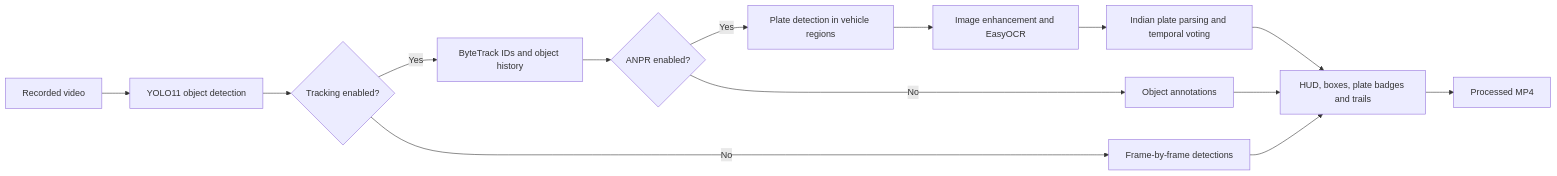
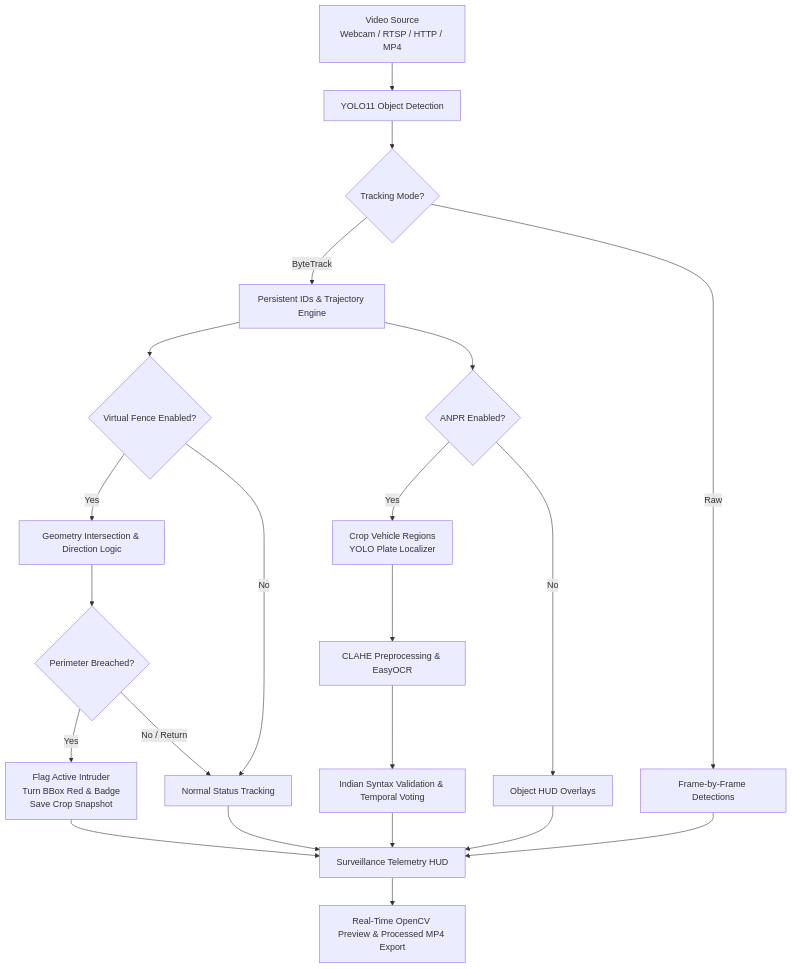
Before and after one commit to MradulSingh109/PROJECTHAILMARY: the diagram in README.md, drawn with Mermaid. The commit also changed other lines of this file, not shown here.

Commit message:
docs: update README with live streaming, virtual fence, and full platform specs

````diff
--- a/README.md
+++ b/README.md
@@ -18,16 +33,27 @@
 ```mermaid
-flowchart LR
-    A[Recorded video] --> B[YOLO11 object detection]
-    B --> C{Tracking enabled?}
-    C -->|Yes| D[ByteTrack IDs and object history]
-    C -->|No| E[Frame-by-frame detections]
-    D --> F{ANPR enabled?}
-    F -->|Yes| G[Plate detection in vehicle regions]
-    G --> H[Image enhancement and EasyOCR]
-    H --> I[Indian plate parsing and temporal voting]
-    F -->|No| J[Object annotations]
-    I --> K[HUD, boxes, plate badges and trails]
-    J --> K
-    E --> K
-    K --> L[Processed MP4]
+flowchart TD
+    A[Video Source\nWebcam / RTSP / HTTP / MP4] --> B[YOLO11 Object Detection]
+    B --> C{Tracking Mode?}
+    C -->|ByteTrack| D[Persistent IDs & Trajectory Engine]
+    C -->|Raw| E[Frame-by-Frame Detections]
+    
+    D --> F{Virtual Fence Enabled?}
+    F -->|Yes| G[Geometry Intersection & Direction Logic]
+    G --> H{Perimeter Breached?}
+    H -->|Yes| I[Flag Active Intruder\nTurn BBox Red & Badge\nSave Crop Snapshot]
+    H -->|No / Return| J[Normal Status Tracking]
+    F -->|No| J
+
+    D --> K{ANPR Enabled?}
+    K -->|Yes| L[Crop Vehicle Regions\nYOLO Plate Localizer]
+    L --> M[CLAHE Preprocessing & EasyOCR]
+    M --> N[Indian Syntax Validation & Temporal Voting]
+    K -->|No| O[Object HUD Overlays]
+
+    I --> P[Surveillance Telemetry HUD]
+    J --> P
+    N --> P
+    O --> P
+    E --> P
+    P --> Q[Real-Time OpenCV Preview & Processed MP4 Export]
 ```
````
